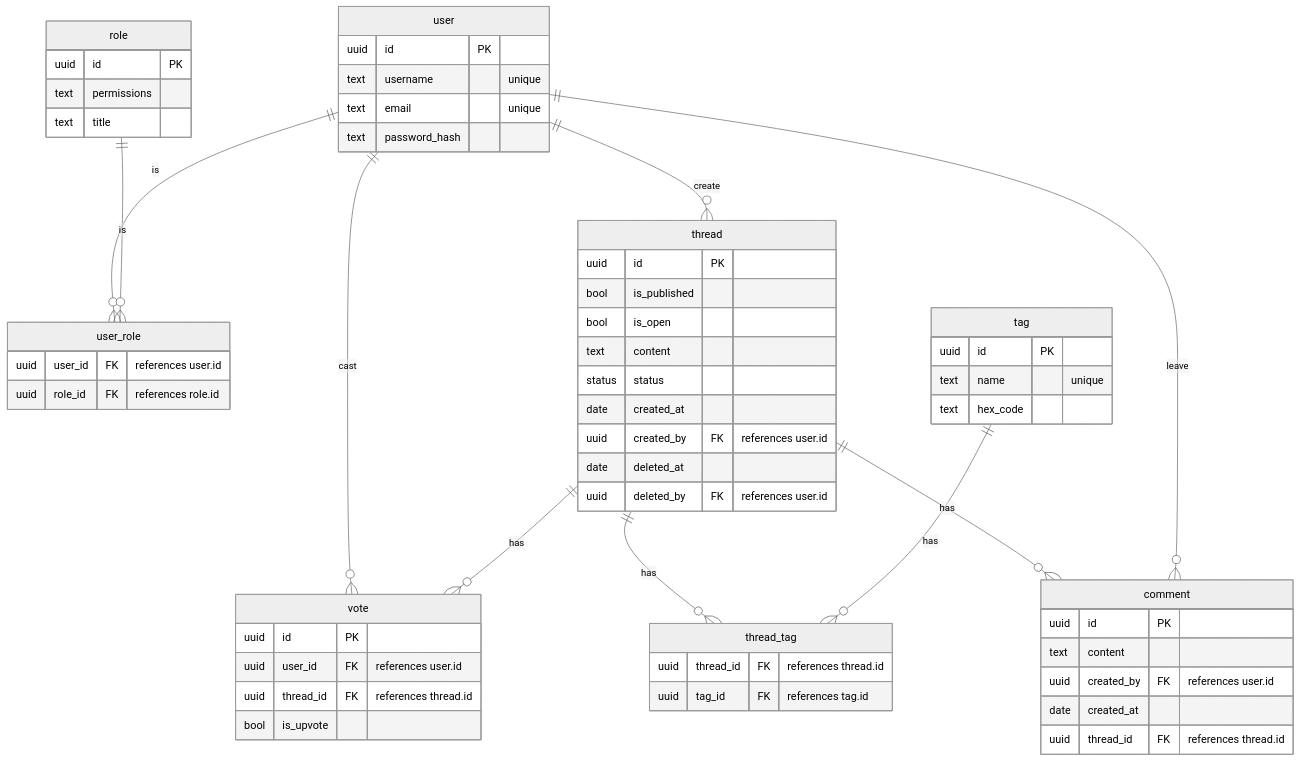
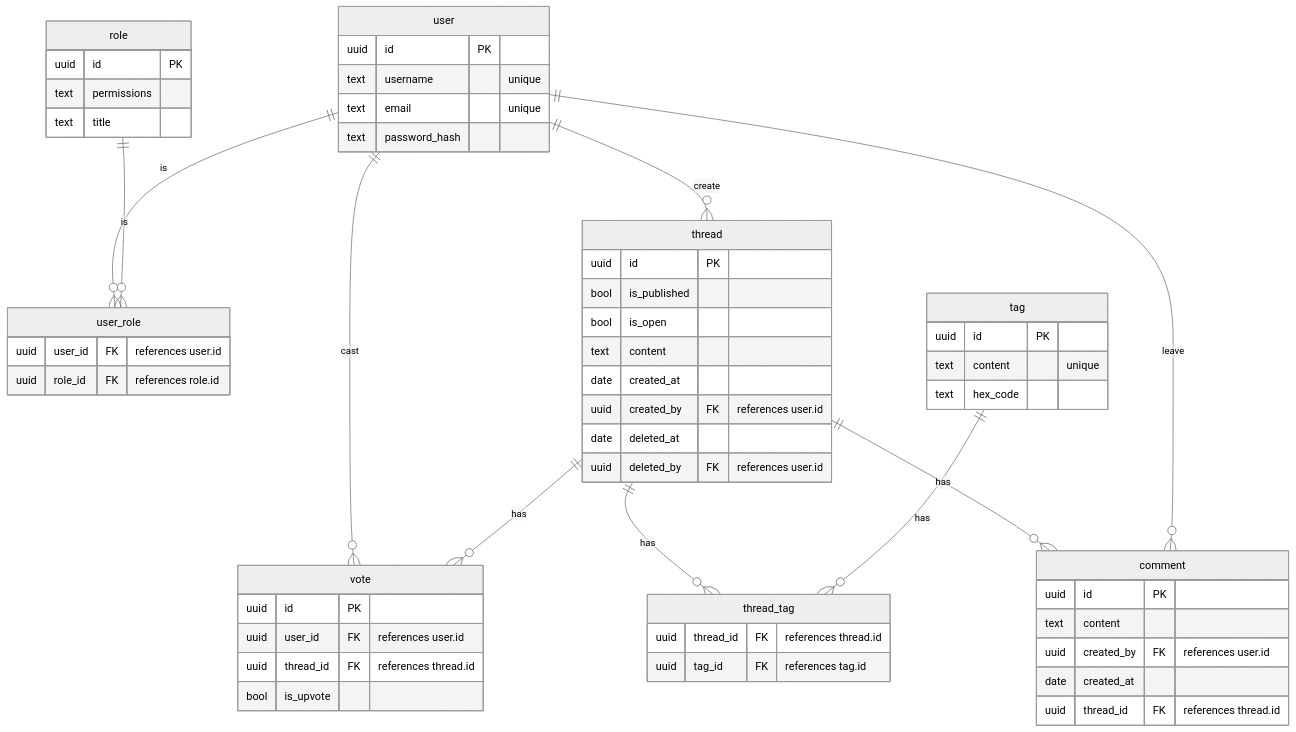
One commit to woojiahao/hermes changed the diagram in hermes-backend/docs/database.md. Above: the diagram before and after it, drawn with Mermaid (neutral theme). The commit also changed 10 other files, not shown here.

````diff
--- a/hermes-backend/docs/database.md
+++ b/hermes-backend/docs/database.md
@@ -3,61 +3,60 @@
 ```mermaid
 erDiagram
   user {
     uuid id PK
     text username "unique"
     text email "unique"
     text password_hash
   }
   user_role {
     uuid user_id FK "references user.id"
     uuid role_id FK "references role.id"
   }
   role {
     uuid id PK
     text permissions
     text title
   }
   thread {
     uuid id PK
     bool is_published
     bool is_open
     text content
-    status status
     date created_at
     uuid created_by FK "references user.id"
     date deleted_at
     uuid deleted_by FK "references user.id"
   }
   thread_tag {
     uuid thread_id FK "references thread.id"
     uuid tag_id FK "references tag.id"
   }
   tag {
     uuid id PK
-    text name "unique"
+    text content "unique"
     text hex_code
   }
   vote {
     uuid id PK
     uuid user_id FK "references user.id"
     uuid thread_id FK "references thread.id"
     bool is_upvote
   }
   comment {
     uuid id PK
     text content
     uuid created_by FK "references user.id"
     date created_at
     uuid thread_id FK "references thread.id"
   }
 
   thread ||--o{ thread_tag : has
   tag ||--o{ thread_tag : has
   user ||--o{ user_role : is
   role ||--o{ user_role : is
   user ||--o{ vote : cast
   thread ||--o{ vote : has
   user ||--o{ thread : create
   thread ||--o{ comment : has
   user ||--o{ comment : leave
 ```
````
